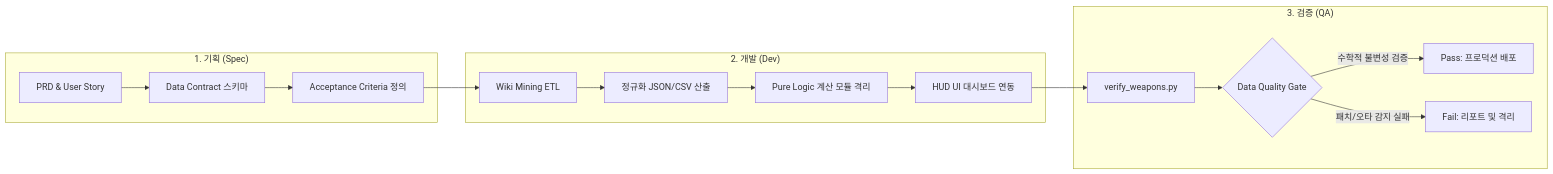
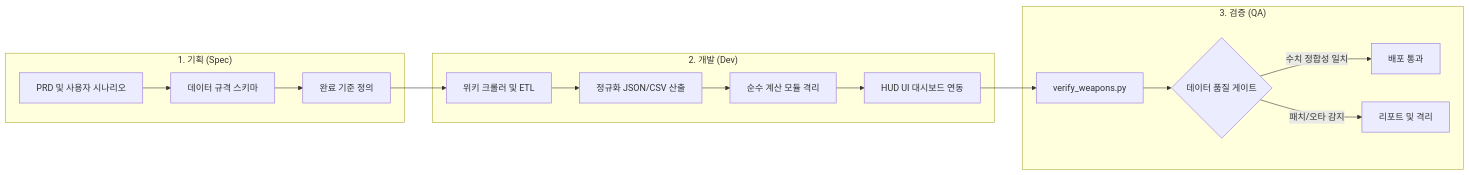
The diagram in README.md (Chera-Kang/Apex), drawn with Mermaid before and after one commit. The commit also changed other lines of this file, not shown here.

Commit message:
[1.0.3] 문서수정: Apex Info 명칭 및 수치 정합성 검증 로드맵 현행화

````diff
--- a/README.md
+++ b/README.md
@@ -25,22 +25,22 @@
 ```mermaid
 graph LR
     subgraph Spec["1. 기획 (Spec)"]
-        A["PRD & User Story"] --> B["Data Contract 스키마"]
-        B --> C["Acceptance Criteria 정의"]
+        A["PRD 및 사용자 시나리오"] --> B["데이터 규격 스키마"]
+        B --> C["완료 기준 정의"]
     end
 
     subgraph Dev["2. 개발 (Dev)"]
-        D["Wiki Mining ETL"] --> E["정규화 JSON/CSV 산출"]
-        E --> F["Pure Logic 계산 모듈 격리"]
+        D["위키 크롤러 및 ETL"] --> E["정규화 JSON/CSV 산출"]
+        E --> F["순수 계산 모듈 격리"]
         F --> G["HUD UI 대시보드 연동"]
     end
 
     subgraph QA["3. 검증 (QA)"]
-        H["verify_weapons.py"] --> I{"Data Quality Gate"}
-        I -->|"수학적 불변성 검증"| J["Pass: 프로덕션 배포"]
-        I -->|"패치/오타 감지 실패"| K["Fail: 리포트 및 격리"]
+        H["verify_weapons.py"] --> I{"데이터 품질 게이트"}
+        I -->|"수치 정합성 일치"| J["배포 통과"]
+        I -->|"패치/오타 감지"| K["리포트 및 격리"]
     end
 
     C --> D
     G --> H
 ```
````
